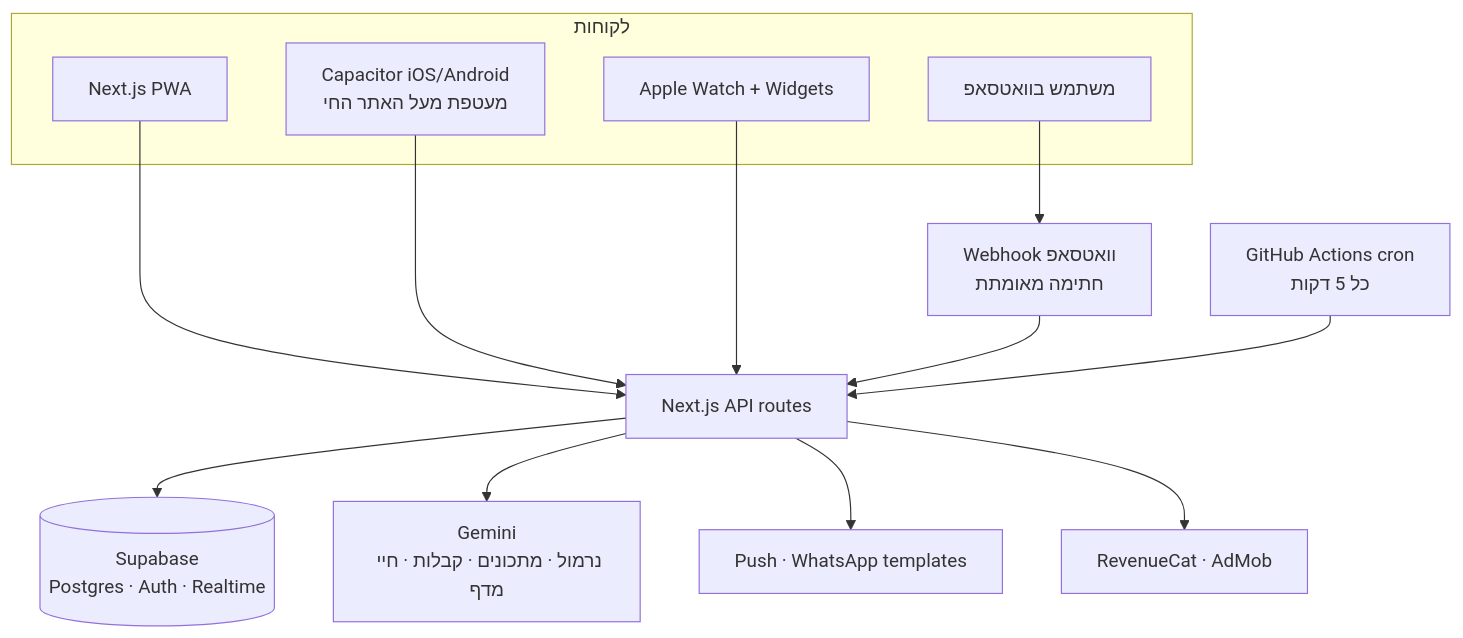
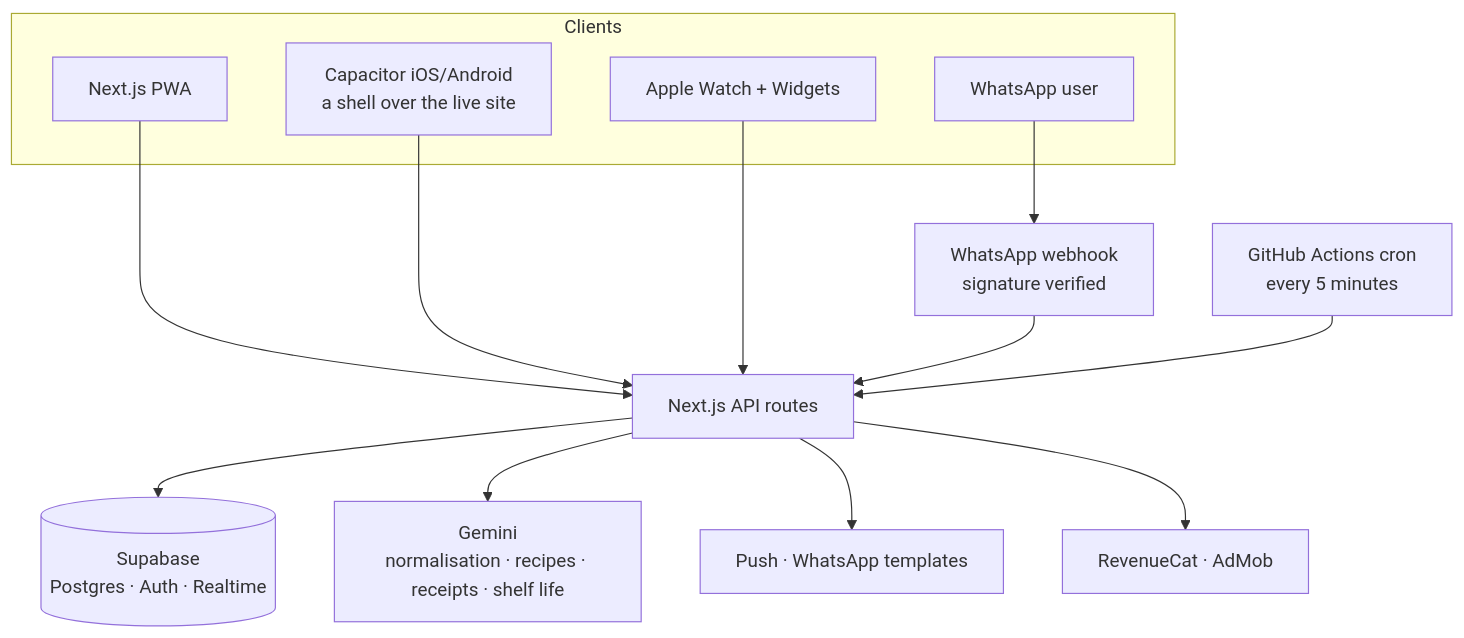
One commit to danidliod/ai-projects-portfolio changed the first of 2 diagrams in projects/06-imhungry.md. Above: the diagram before and after it, drawn with Mermaid. The commit also changed other lines of this file and 10 other files, not shown here.

````diff
--- a/projects/06-imhungry.md
+++ b/projects/06-imhungry.md
@@ -39,17 +39,17 @@
 ```mermaid
 flowchart TB
-  subgraph Clients[לקוחות]
+  subgraph Clients[Clients]
     WEB[Next.js PWA]
-    NAT[Capacitor iOS/Android<br/>מעטפת מעל האתר החי]
+    NAT[Capacitor iOS/Android<br/>a shell over the live site]
     WATCH[Apple Watch + Widgets]
-    WAU[משתמש בוואטסאפ]
+    WAU[WhatsApp user]
   end
   WEB & NAT --> API[Next.js API routes]
   WATCH --> API
-  WAU --> WAB[Webhook וואטסאפ<br/>חתימה מאומתת] --> API
+  WAU --> WAB[WhatsApp webhook<br/>signature verified] --> API
   API --> DB[(Supabase<br/>Postgres · Auth · Realtime)]
-  API --> AI[Gemini<br/>נרמול · מתכונים · קבלות · חיי מדף]
-  CRON[GitHub Actions cron<br/>כל 5 דקות] --> API
+  API --> AI[Gemini<br/>normalisation · recipes · receipts · shelf life]
+  CRON[GitHub Actions cron<br/>every 5 minutes] --> API
   API --> PUSH[Push · WhatsApp templates]
   API --> RC[RevenueCat · AdMob]
 ```
````
